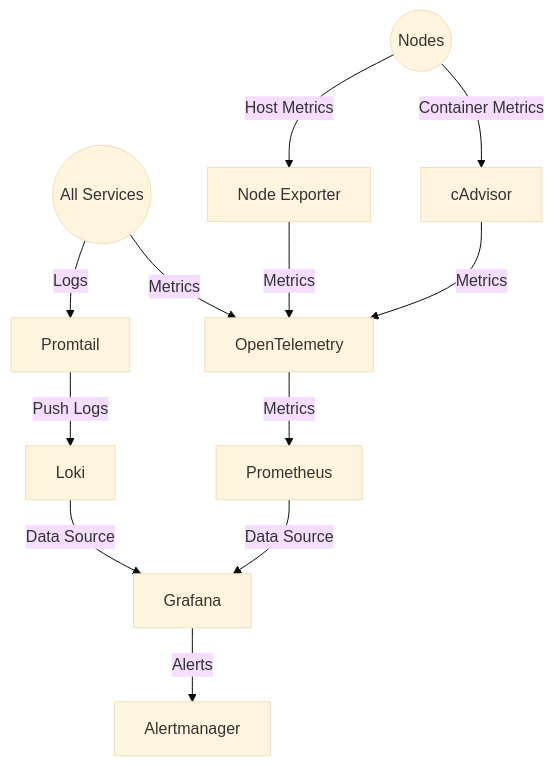
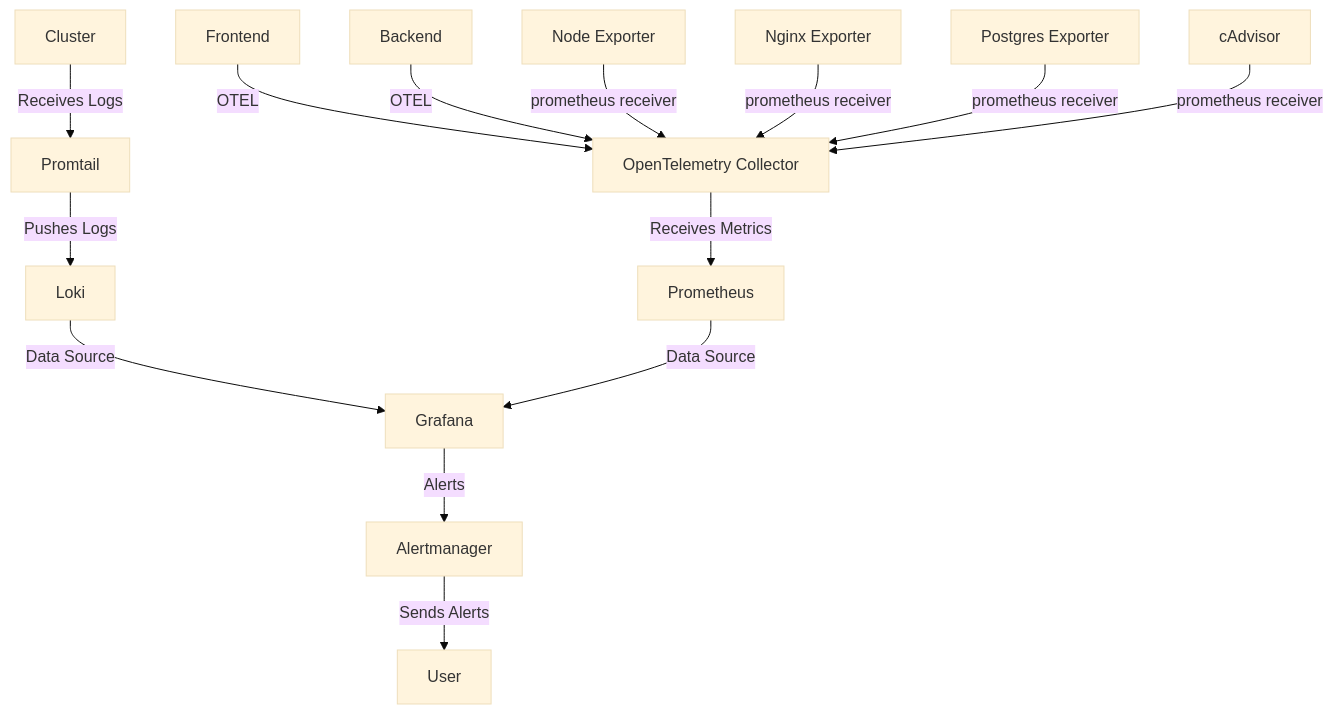
The seventh of 8 diagrams in diagrams/services-diageam.md (danialmd81/Code-Star-Project), drawn with Mermaid (base theme) before and after one commit. The commit also changed 9 other files, not shown here.

Commit message:
Enhance monitoring setup by adding Postgres exporter, updating Grafana dashboards, and refining Prometheus configurations

````diff
--- a/diagrams/services-diageam.md
+++ b/diagrams/services-diageam.md
@@ -135,22 +135,38 @@
 ```mermaid
 graph TD
-  Nodes((Nodes)) -->|Host Metrics| NodeExporter[Node Exporter]
-  Nodes -->|Container Metrics| cAdvisor[cAdvisor]
-  
-  AllServices((All Services)) -->|Metrics| OpenTelemetry
-  AllServices((All Services)) -->|Logs| Promtail
+%% Monitoring & Observability
+otelcollector[OpenTelemetry Collector]
+prometheus[Prometheus]
+loki[Loki]
+promtail[Promtail]
+grafana[Grafana]
+alertmanager[Alertmanager]
+cadvisor[cAdvisor]
+nodeexporter[Node Exporter]
+nginxexporter[Nginx Exporter]
+postgresexporter[Postgres Exporter]
+frontend[Frontend]
+backend[Backend]
+cluster[Cluster]
 
-  NodeExporter -->|Metrics| OpenTelemetry
 
-  cAdvisor -->|Metrics| OpenTelemetry
+%% Monitoring Targets from config.yaml
+otelcollector -->|Receives Metrics| prometheus
+cluster -->|Receives Logs| promtail
 
-  Promtail -->|Push Logs| Loki
+promtail -->|Pushes Logs| loki
+loki -->|Data Source| grafana
+prometheus -->|Data Source| grafana
+grafana -->|Alerts| alertmanager
 
-  OpenTelemetry -->|Metrics| Prometheus
+%% Connections to Monitoring
+frontend --> |OTEL| otelcollector
+backend --> |OTEL| otelcollector
+nodeexporter -->|prometheus receiver| otelcollector
+nginxexporter -->|prometheus receiver| otelcollector
+postgresexporter -->|prometheus receiver| otelcollector
+cadvisor -->|prometheus receiver| otelcollector
 
-  Loki -->|Data Source| Grafana
-
-  Prometheus -->|Data Source| Grafana
-
-  Grafana -->|Alerts| AlertManager[Alertmanager]
+%% Alerting
+alertmanager -->|Sends Alerts| user[User]
 ```
````
